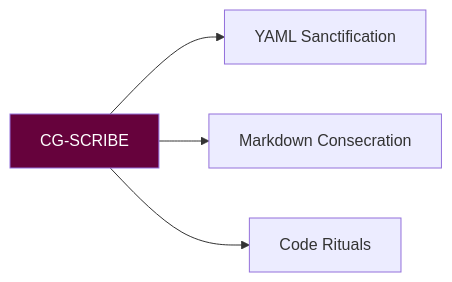
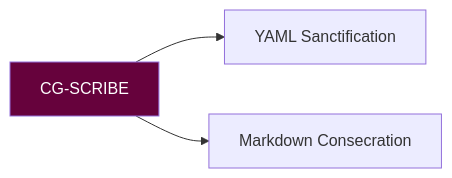
Before and after one commit to digitalscorpyun/anacostia-vault: the diagram in obsidian_fortress/agents/cipher_griot_protocol_manifest.md, drawn with Mermaid. The commit also changed other lines of this file and 11 other files, not shown here.

````diff
--- a/obsidian_fortress/agents/cipher_griot_protocol_manifest.md
+++ b/obsidian_fortress/agents/cipher_griot_protocol_manifest.md
@@ -52,7 +28,6 @@
 ```mermaid
 graph LR
-    A[CG-SCRIBE] --> B[YAML Sanctification]
-    A --> C[Markdown Consecration]
-    A --> D[Code Rituals]
-    style A fill:#66023C,color:white
+  A[CG-SCRIBE] --> B[YAML Sanctification]
+  A --> C[Markdown Consecration]
+  style A fill:#66023C,color:white
 ```
````
